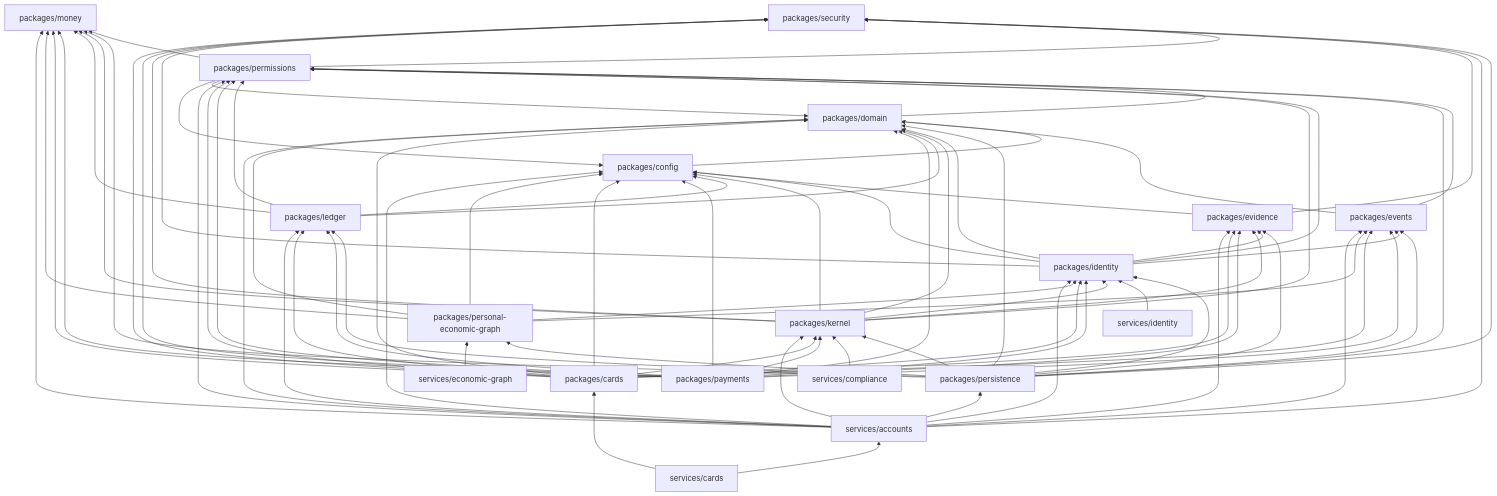
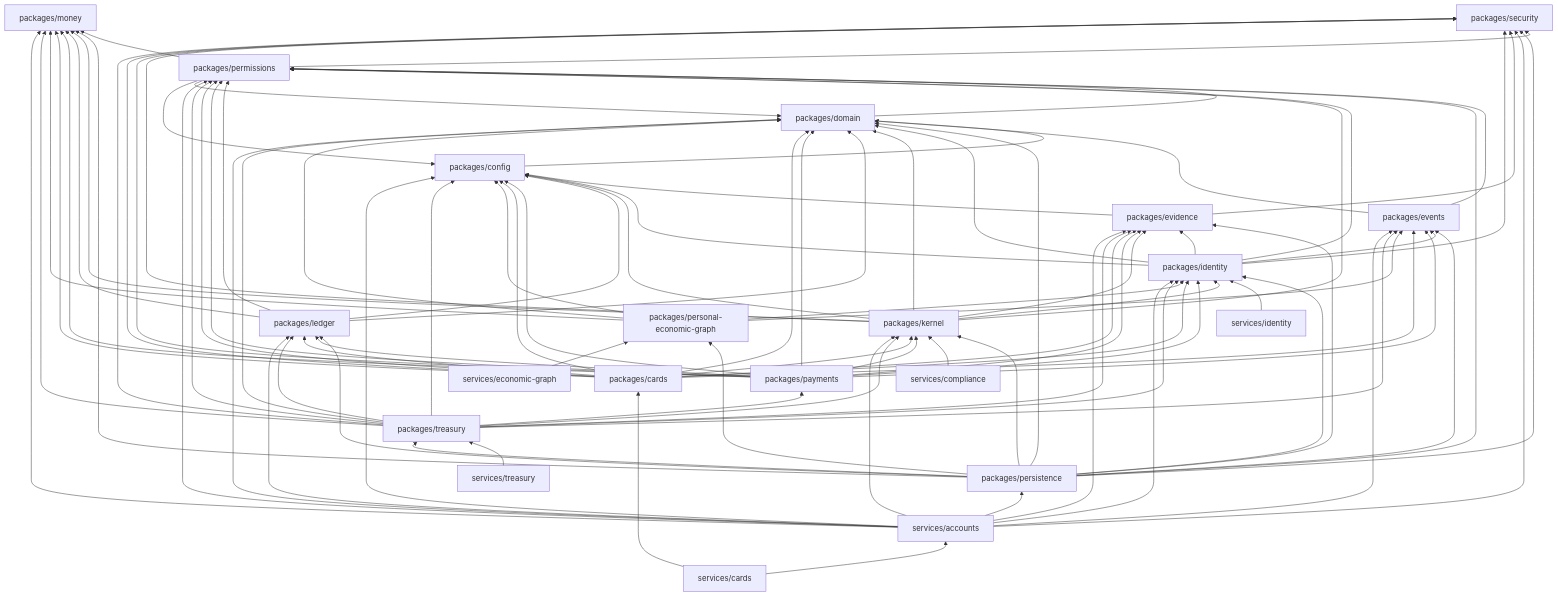
The second of 2 diagrams in docs/architecture/constitution.md (reyesnick54/solstice), drawn with Mermaid before and after one commit. The commit also changed other lines of this file and 58 other files, not shown here.

```diff
--- a/docs/architecture/constitution.md
+++ b/docs/architecture/constitution.md
@@ -486,6 +498,21 @@
   peg --> events
   peg --> config
   pegSvc --> peg
+  treasury["packages/treasury"]
+  treasurySvc["services/treasury"]
+  treasury --> domain
+  treasury --> money
+  treasury --> permissions
+  treasury --> config
+  treasury --> kernel
+  treasury --> ledger
+  treasury --> evidence
+  treasury --> events
+  treasury --> identity
+  treasury --> security
+  treasury --> payments
+  treasurySvc --> treasury
+  persistence --> treasury
   accounts --> domain
   accounts --> evidence
   accounts --> events
```
